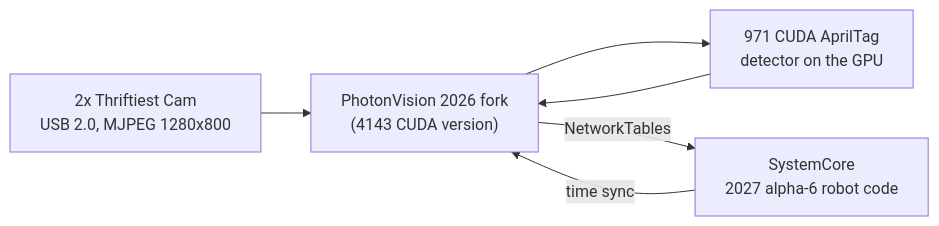
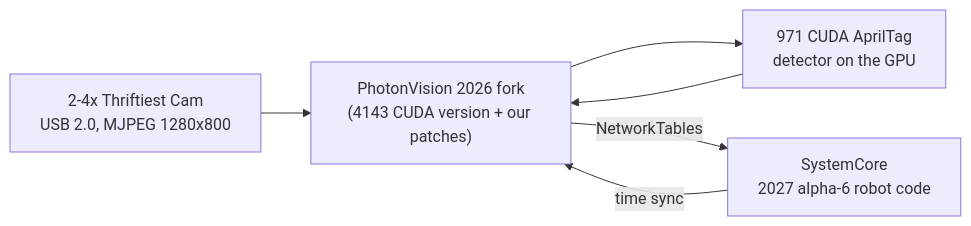
The diagram in README.md (Project516/SpectrumJetson), drawn with Mermaid before and after one commit. The commit also changed other lines of this file, not shown here.

````diff
--- a/README.md
+++ b/README.md
@@ -21,8 +21,8 @@
 ```mermaid
 flowchart LR
-  CAM["2x Thriftiest Cam<br/>USB 2.0, MJPEG 1280x800"] --> PV["PhotonVision 2026 fork<br/>(4143 CUDA version)"]
+  CAM["2-4x Thriftiest Cam<br/>USB 2.0, MJPEG 1280x800"] --> PV["PhotonVision 2026 fork<br/>(4143 CUDA version + our patches)"]
   PV --> DET["971 CUDA AprilTag<br/>detector on the GPU"]
   DET --> PV
   PV -->|NetworkTables| SC["SystemCore<br/>2027 alpha-6 robot code"]
   SC -->|time sync| PV
 ```
````
